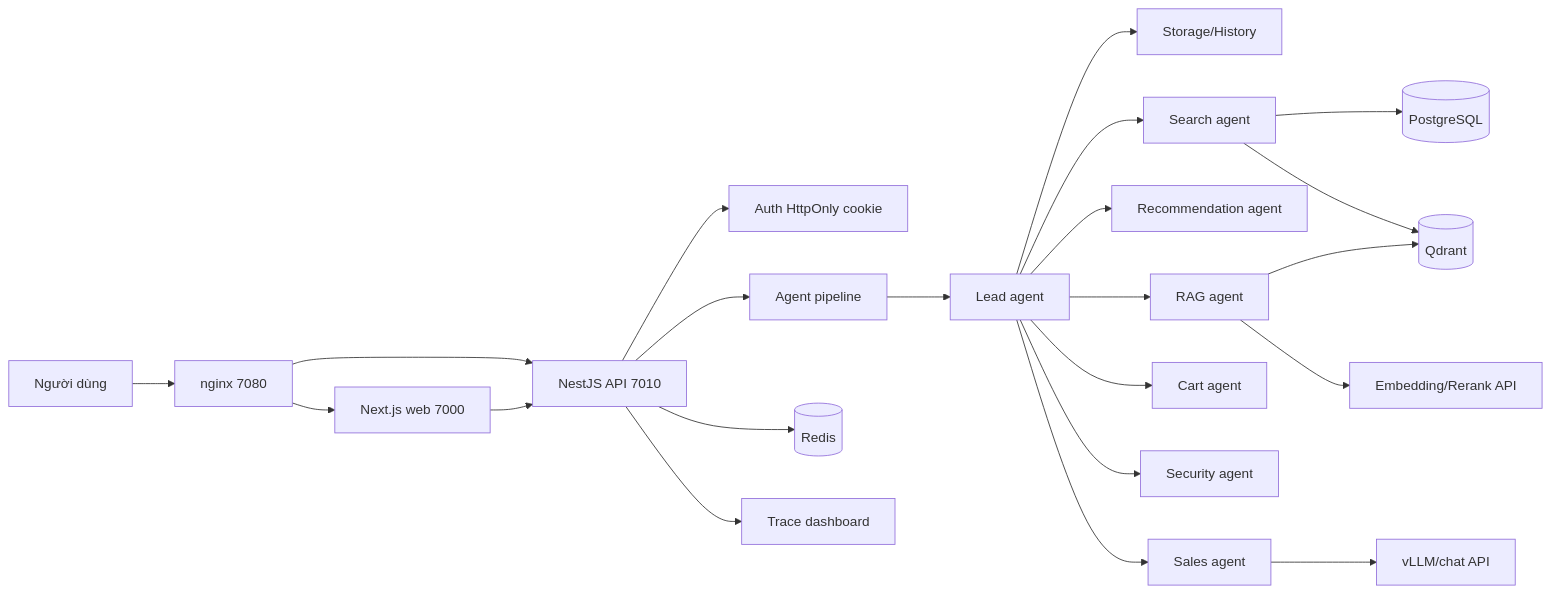
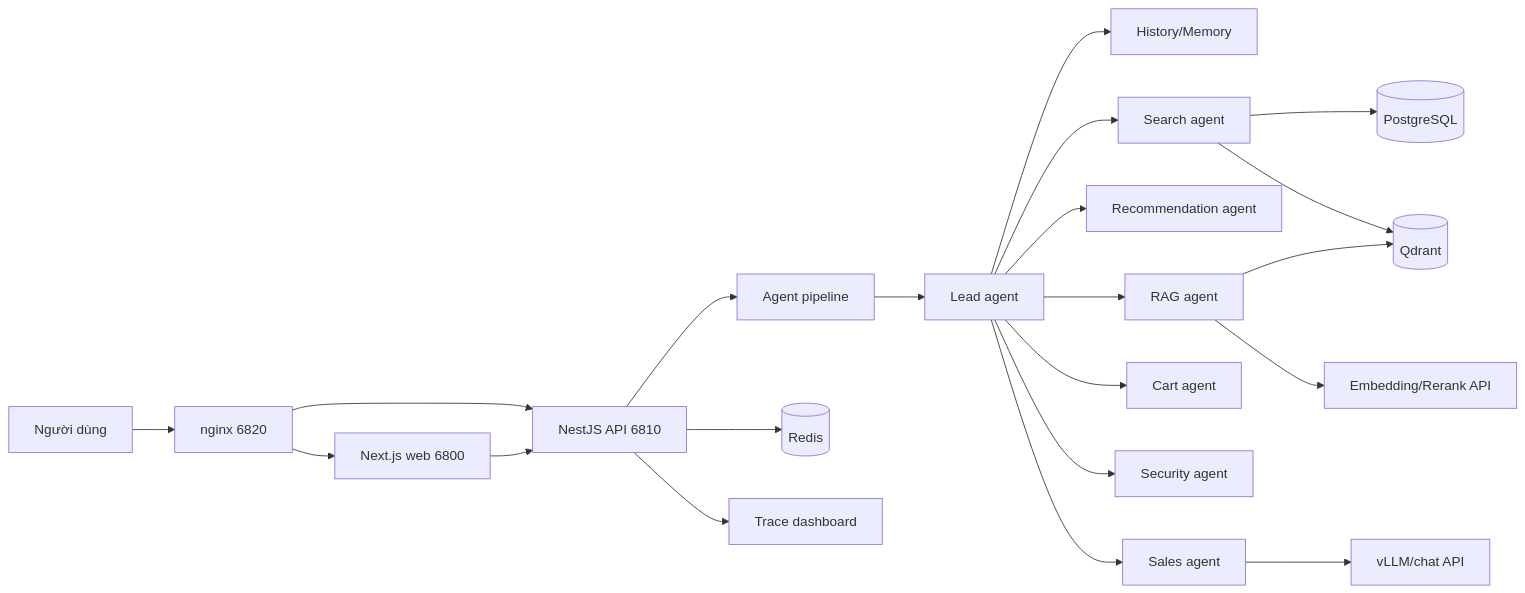
Before and after one commit to baolnq-ai/agent-retail: the diagram in README.md, drawn with Mermaid. The commit also changed other lines of this file and 315 other files, not shown here.

````diff
--- a/README.md
+++ b/README.md
@@ -125,24 +183,23 @@
 ```mermaid
 flowchart LR
-  User[Người dùng] --> Nginx[nginx 7080]
-  Nginx --> Web[Next.js web 7000]
-  Nginx --> API[NestJS API 7010]
+  User[Người dùng] --> Nginx[nginx 6820]
+  Nginx --> Web[Next.js web 6800]
+  Nginx --> API[NestJS API 6810]
   Web --> API
-  API --> Auth[Auth HttpOnly cookie]
   API --> Agent[Agent pipeline]
   Agent --> Lead[Lead agent]
-  Lead --> Memory[Storage/History]
+  Lead --> Memory[History/Memory]
   Lead --> Search[Search agent]
   Lead --> Recommend[Recommendation agent]
   Lead --> RAG[RAG agent]
   Lead --> Cart[Cart agent]
   Lead --> Security[Security agent]
   Lead --> Sales[Sales agent]
   Search --> Postgres[(PostgreSQL)]
   Search --> Qdrant[(Qdrant)]
   RAG --> Qdrant
   Sales --> ChatModel[vLLM/chat API]
   RAG --> Embed[Embedding/Rerank API]
   API --> Redis[(Redis)]
   API --> Dashboard[Trace dashboard]
 ```
````
